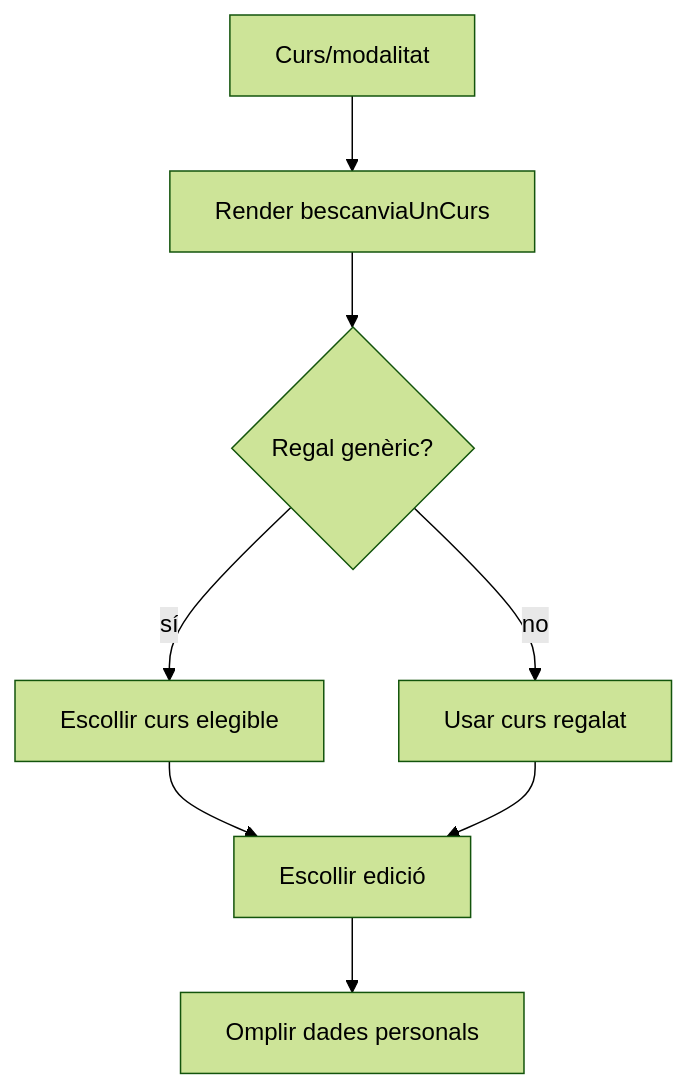
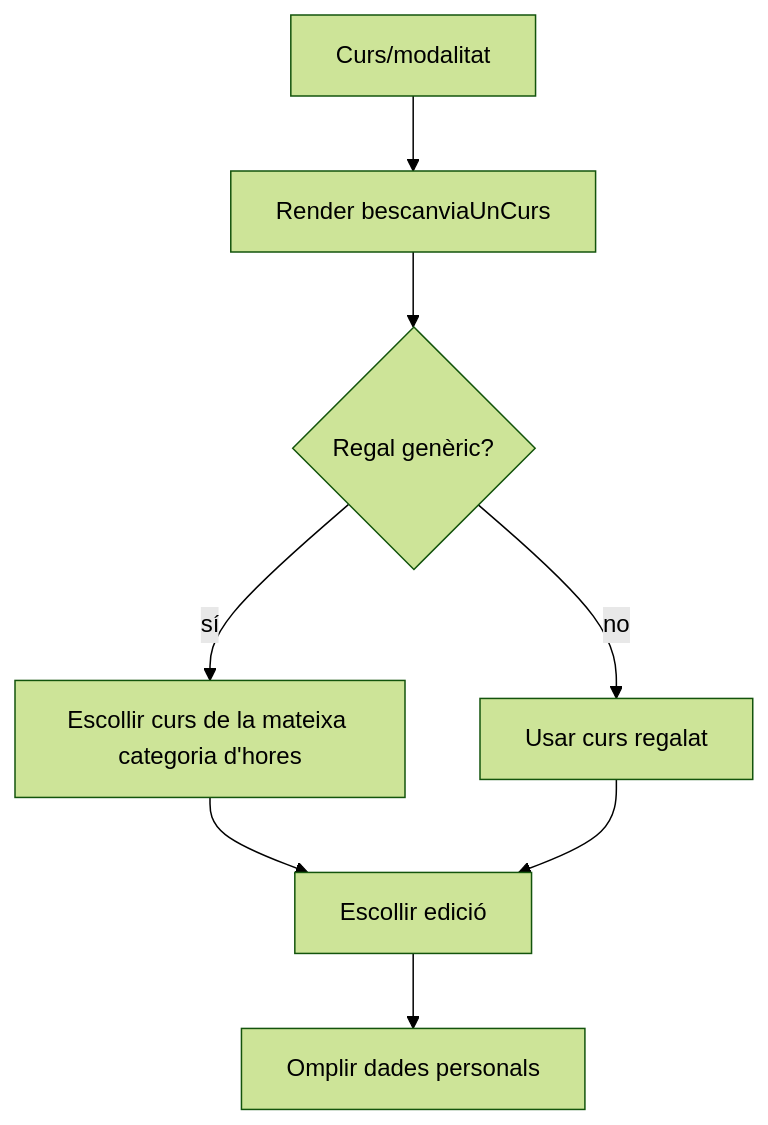
One commit to orgmeriemprismacat-del/verifactu changed the second of 8 diagrams in documentacio/07-uml-integrat/uc-018-activitats-pagines-bescanvi-regal-actual-final.md. Above: the diagram before and after it, drawn with Mermaid (forest theme). The commit also changed other lines of this file, not shown here.

````diff
--- a/documentacio/07-uml-integrat/uc-018-activitats-pagines-bescanvi-regal-actual-final.md
+++ b/documentacio/07-uml-integrat/uc-018-activitats-pagines-bescanvi-regal-actual-final.md
@@ -37,10 +39,10 @@
 ```mermaid
 flowchart TD
 A[Curs/modalitat] --> B[Render bescanviaUnCurs]
 B --> C{Regal genèric?}
-C -- sí --> D[Escollir curs elegible]
+C -- sí --> D[Escollir curs de la mateixa categoria d'hores]
 C -- no --> E[Usar curs regalat]
 D --> F[Escollir edició]
 E --> F
 F --> G[Omplir dades personals]
 ```
````
